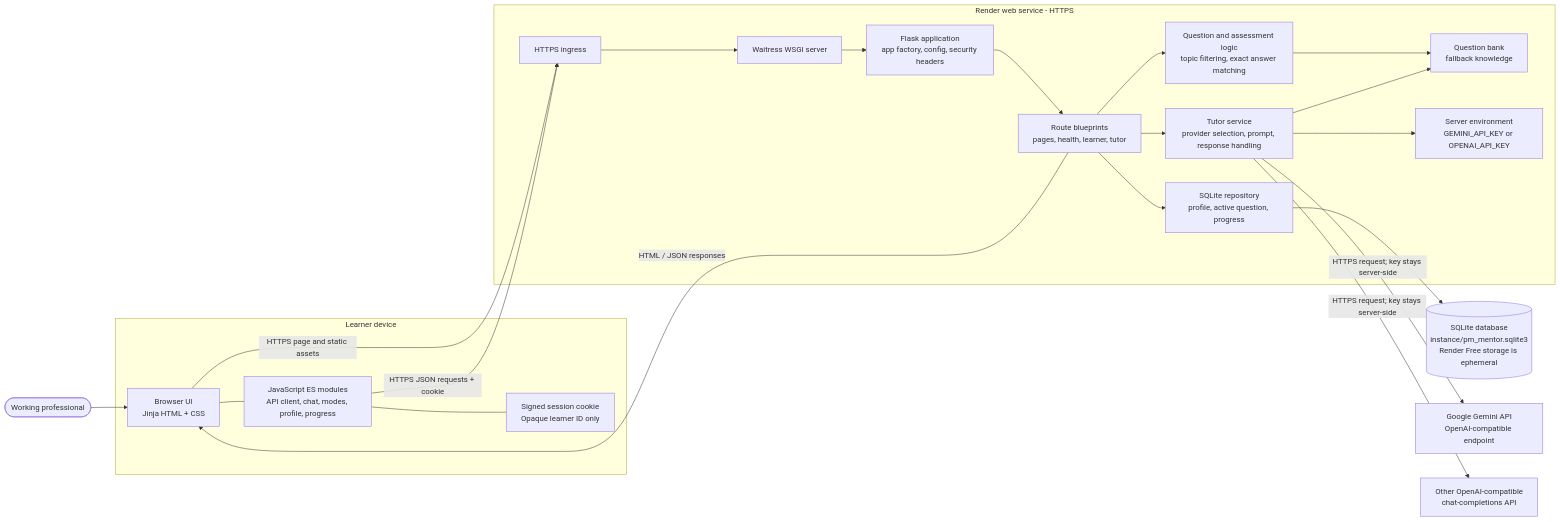
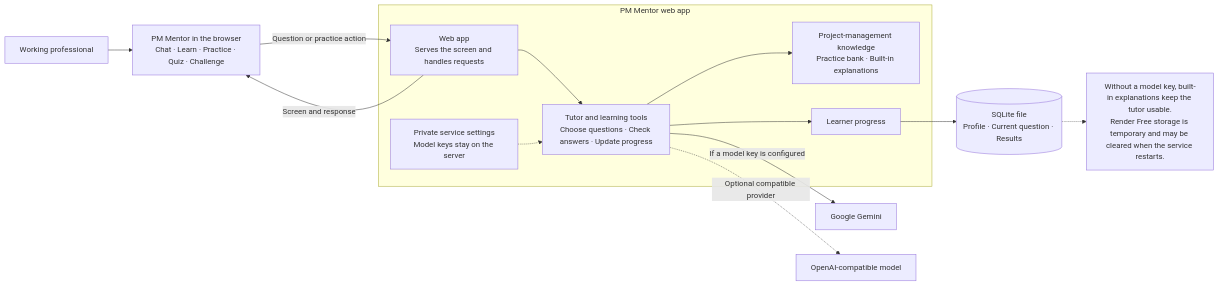
The first of 3 diagrams in architecture.md (iteshwalia/ai-tutor-projectmanagement), drawn with Mermaid before and after one commit. The commit also changed other lines of this file and 21 other files, not shown here.

Commit message:
Refactor PM Mentor application structure

````diff
--- a/architecture.md
+++ b/architecture.md
@@ -7,44 +7,25 @@
 ```mermaid
 flowchart LR
-    learner([Working professional])
+    learner["Working professional"] --> browser["PM Mentor in the browser<br/>Chat · Learn · Practice · Quiz · Challenge"]
 
-    subgraph client["Learner device"]
-        browser["Browser UI<br/>Jinja HTML + CSS"]
-        modules["JavaScript ES modules<br/>API client, chat, modes, profile, progress"]
-        cookie["Signed session cookie<br/>Opaque learner ID only"]
-        browser --- modules
-        modules --- cookie
+    subgraph app["PM Mentor web app"]
+        web["Web app<br/>Serves the screen and handles requests"]
+        tutor["Tutor and learning tools<br/>Choose questions · Check answers · Update progress"]
+        content["Project-management knowledge<br/>Practice bank · Built-in explanations"]
+        progress["Learner progress"]
+        settings["Private service settings<br/>Model keys stay on the server"]
     end
 
-    subgraph hosting["Render web service - HTTPS"]
-        ingress["HTTPS ingress"]
-        waitress["Waitress WSGI server"]
-        app["Flask application<br/>app factory, config, security headers"]
-        routes["Route blueprints<br/>pages, health, learner, tutor"]
-        question["Question and assessment logic<br/>topic filtering, exact answer matching"]
-        tutor["Tutor service<br/>provider selection, prompt, response handling"]
-        repository["SQLite repository<br/>profile, active question, progress"]
-        content["Question bank<br/>fallback knowledge"]
-        secrets["Server environment<br/>GEMINI_API_KEY or OPENAI_API_KEY"]
+    browser -->|"Question or practice action"| web
+    web --> tutor
+    tutor --> content
+    tutor --> progress
+    progress --> database[("SQLite file<br/>Profile · Current question · Results")]
+    tutor -->|"If a model key is configured"| gemini["Google Gemini"]
+    tutor -.->|"Optional compatible provider"| other["OpenAI-compatible model"]
+    web -->|"Screen and response"| browser
+    settings -.-> tutor
 
-        ingress --> waitress --> app --> routes
-        routes --> question
-        routes --> tutor
-        routes --> repository
-        question --> content
-        tutor --> content
-        tutor --> secrets
-    end
-
-    database[("SQLite database<br/>instance/pm_mentor.sqlite3<br/>Render Free storage is ephemeral")]
-    gemini["Google Gemini API<br/>OpenAI-compatible endpoint"]
-    compatible["Other OpenAI-compatible<br/>chat-completions API"]
-
-    learner --> browser
-    browser -->|"HTTPS page and static assets"| ingress
-    modules -->|"HTTPS JSON requests + cookie"| ingress
-    routes -->|"HTML / JSON responses"| browser
-    repository --> database
-    tutor -->|"HTTPS request; key stays server-side"| gemini
-    tutor -->|"HTTPS request; key stays server-side"| compatible
+    note["Without a model key, built-in explanations keep the tutor usable.<br/>Render Free storage is temporary and may be cleared when the service restarts."]
+    database -.-> note
 ```
````
